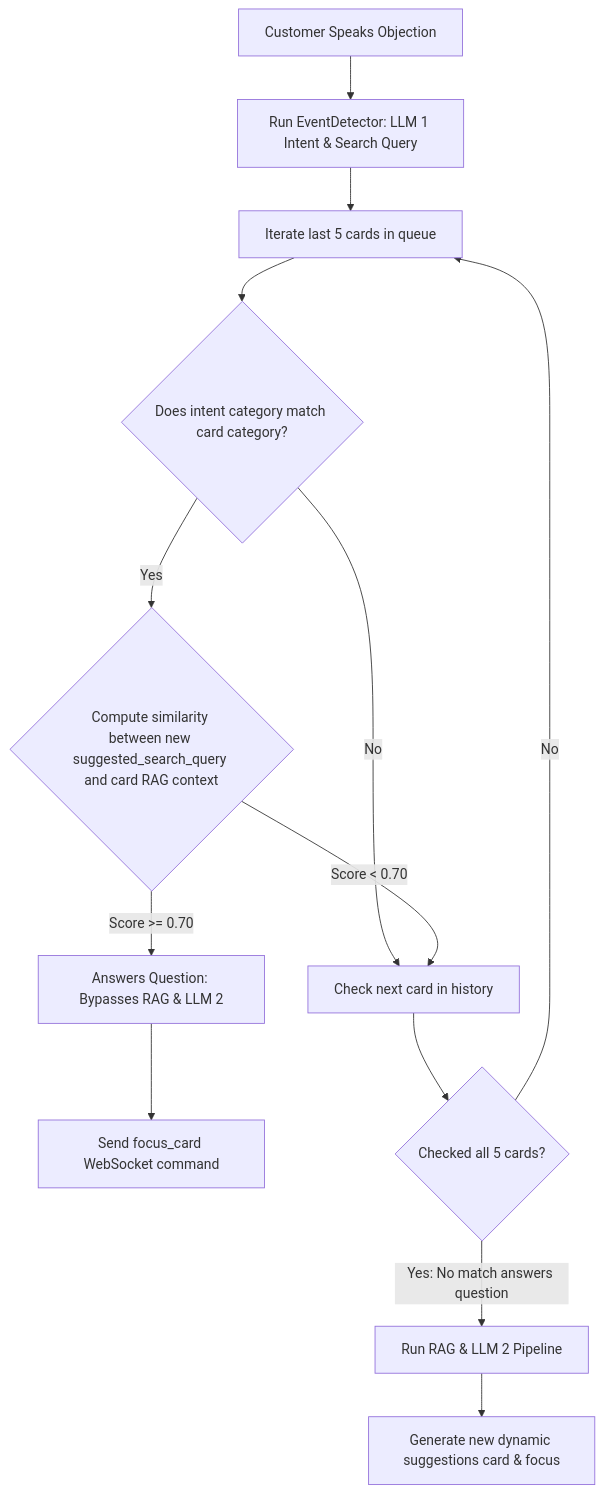
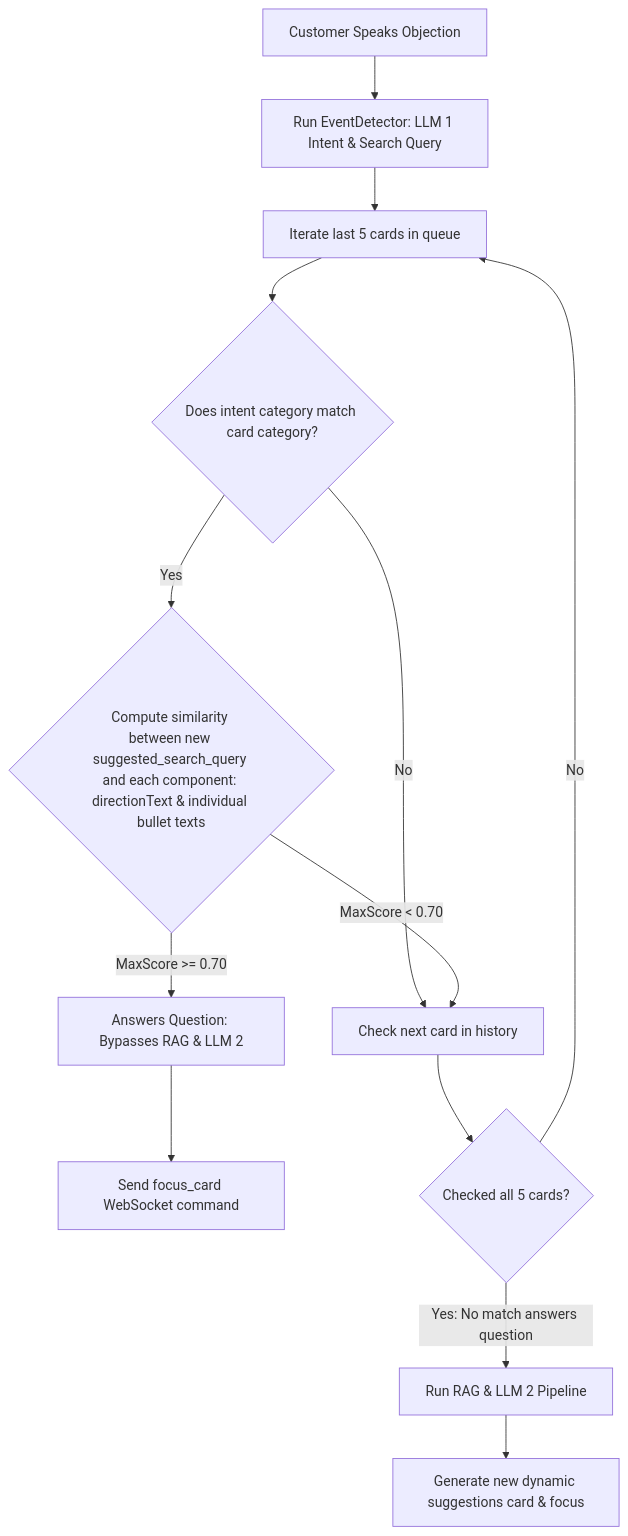
Before and after one commit to saranganet/arkham: the diagram in refer/intelligent_focus_scrolling_architecture.md, drawn with Mermaid. The commit also changed other lines of this file, not shown here.

Commit message:
update intelligent scroll HUD reference file with max-pooling similarity checks

````diff
--- a/refer/intelligent_focus_scrolling_architecture.md
+++ b/refer/intelligent_focus_scrolling_architecture.md
@@ -30,20 +30,20 @@
 ```mermaid
 flowchart TD
     CustomerSpeech[Customer Speaks Objection] --> LLM1[Run EventDetector: LLM 1 Intent & Search Query]
     LLM1 --> LoopHistory[Iterate last 5 cards in queue]
     
     LoopHistory --> CategoryCheck{Does intent category match card category?}
     
     CategoryCheck -->|No| NextCard[Check next card in history]
-    CategoryCheck -->|Yes| SemanticCheck{Compute similarity between new suggested_search_query and card RAG context}
+    CategoryCheck -->|Yes| SemanticCheck{Compute similarity between new suggested_search_query and each component: directionText & individual bullet texts}
     
-    SemanticCheck -->|Score >= 0.70| ConfirmAnswer[Answers Question: Bypasses RAG & LLM 2]
+    SemanticCheck -->|MaxScore >= 0.70| ConfirmAnswer[Answers Question: Bypasses RAG & LLM 2]
     ConfirmAnswer --> SendFocus[Send focus_card WebSocket command]
     
-    SemanticCheck -->|Score < 0.70| NextCard
+    SemanticCheck -->|MaxScore < 0.70| NextCard
     
     NextCard --> AllChecked{Checked all 5 cards?}
     AllChecked -->|No| LoopHistory
     AllChecked -->|Yes: No match answers question| RunGen[Run RAG & LLM 2 Pipeline]
     RunGen --> NewCard[Generate new dynamic suggestions card & focus]
 ```
````
